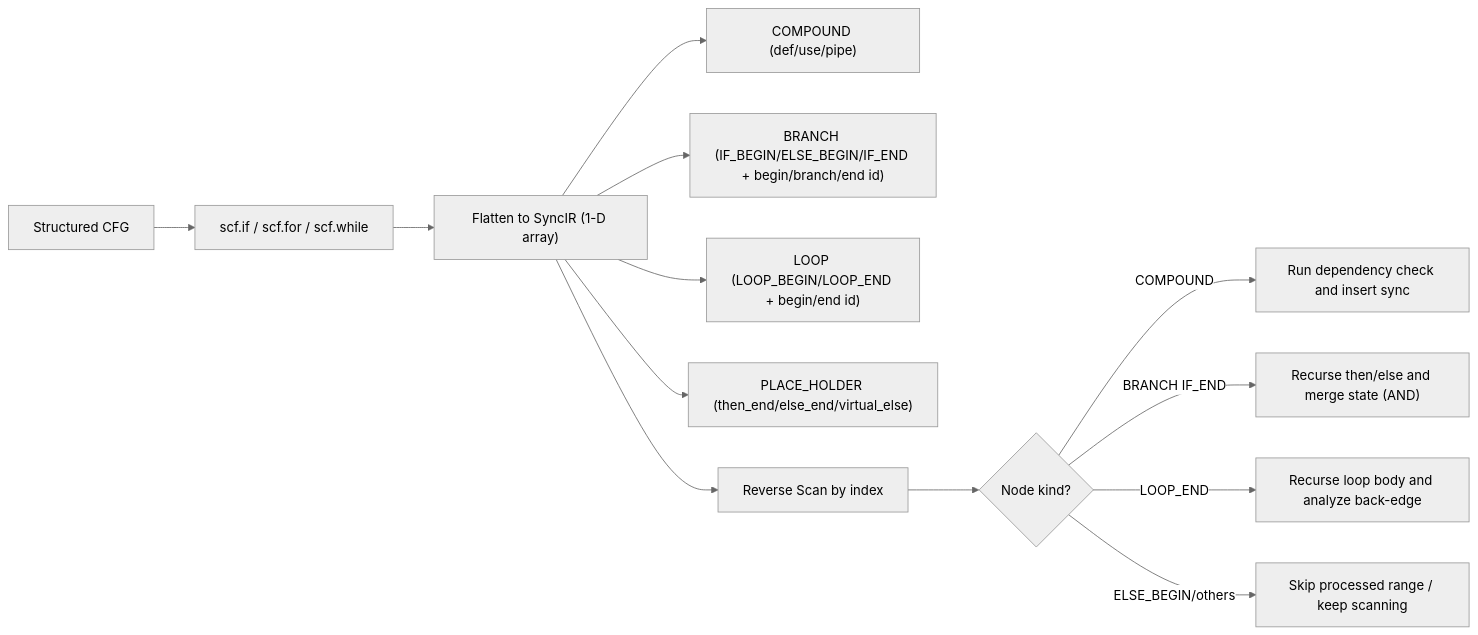
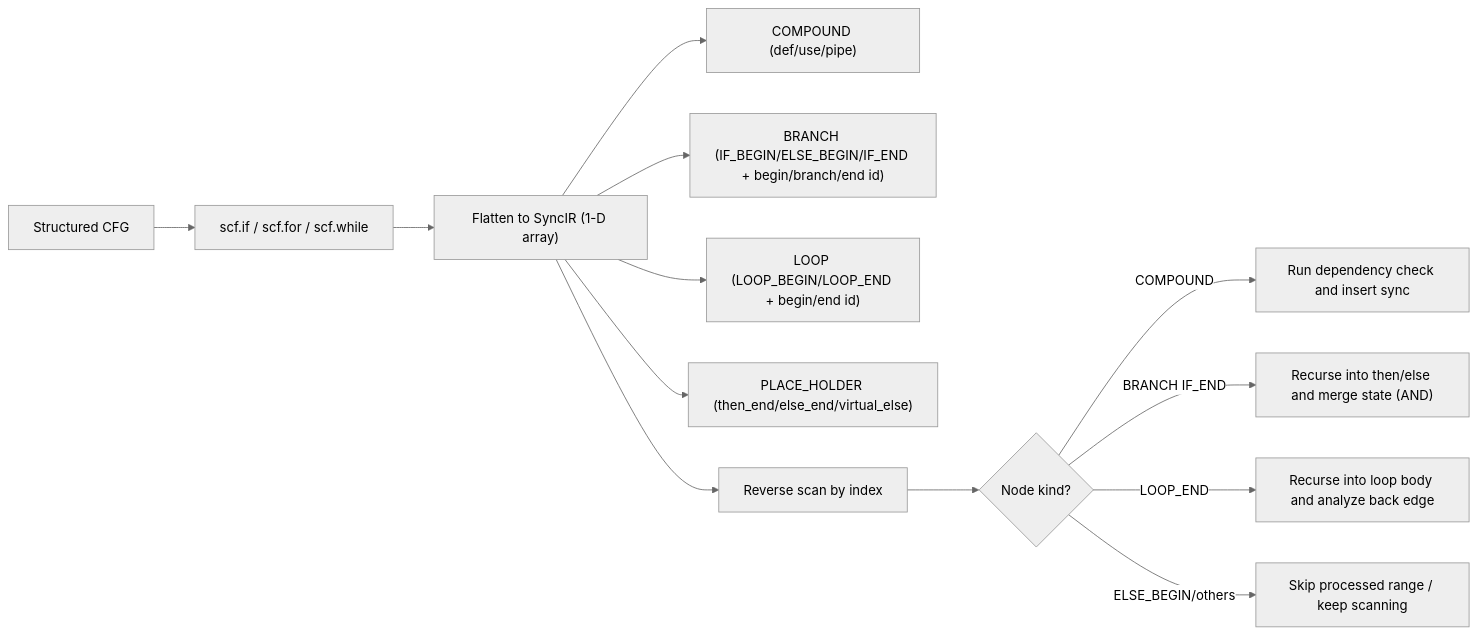
Before and after one commit to afshinarefi/PTOAS_Markham: the second of 8 diagrams in docs/designs/ptoas-auto-sync-design.md, drawn with Mermaid (neutral theme). The commit also changed other lines of this file and 20 other files, not shown here.

````diff
--- a/docs/designs/ptoas-auto-sync-design.md
+++ b/docs/designs/ptoas-auto-sync-design.md
@@ -494,17 +417,17 @@
 ```mermaid
 flowchart LR
   A["Structured CFG"] --> B["scf.if / scf.for / scf.while"]
   B --> C["Flatten to SyncIR (1-D array)"]
 
   C --> D["COMPOUND (def/use/pipe)"]
   C --> E["BRANCH (IF_BEGIN/ELSE_BEGIN/IF_END + begin/branch/end id)"]
   C --> F["LOOP (LOOP_BEGIN/LOOP_END + begin/end id)"]
   C --> G["PLACE_HOLDER (then_end/else_end/virtual_else)"]
 
-  C --> H["Reverse Scan by index"]
+  C --> H["Reverse scan by index"]
   H --> I{"Node kind?"}
   I -->|"COMPOUND"| J["Run dependency check and insert sync"]
-  I -->|"BRANCH IF_END"| K["Recurse then/else and merge state (AND)"]
-  I -->|"LOOP_END"| L["Recurse loop body and analyze back-edge"]
+  I -->|"BRANCH IF_END"| K["Recurse into then/else and merge state (AND)"]
+  I -->|"LOOP_END"| L["Recurse into loop body and analyze back edge"]
   I -->|"ELSE_BEGIN/others"| M["Skip processed range / keep scanning"]
 ```
````
